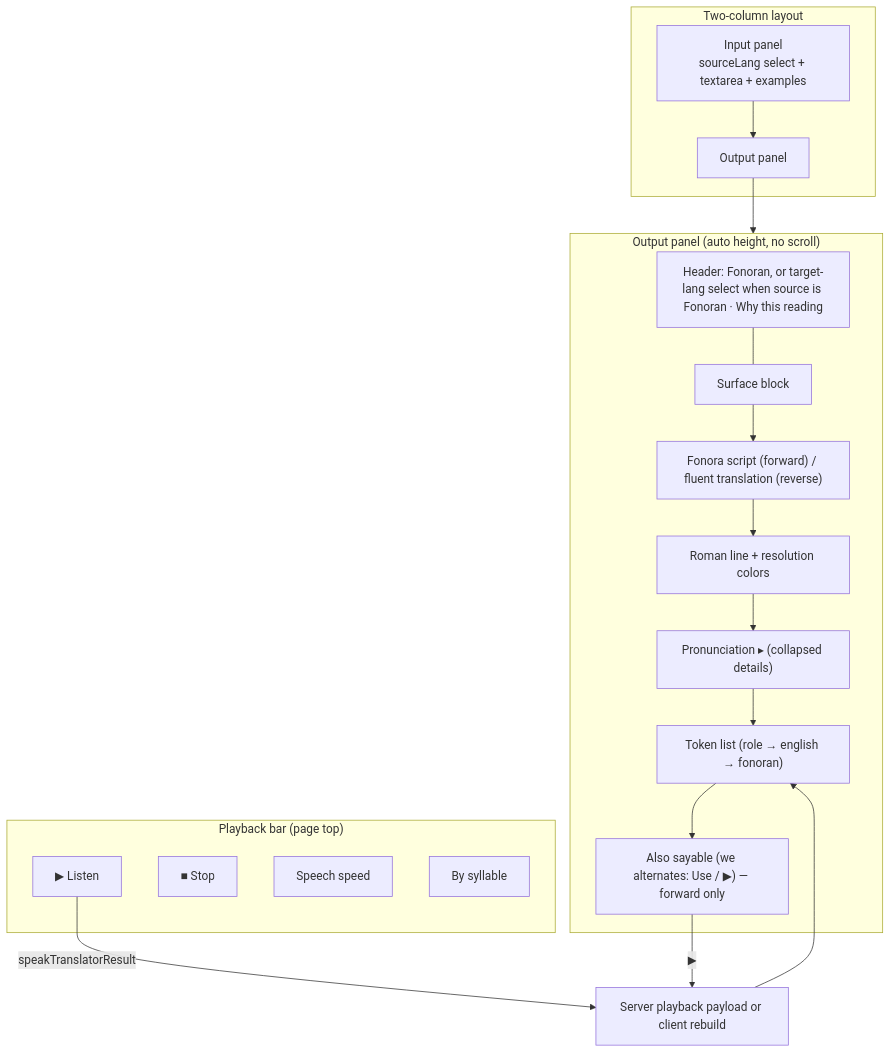
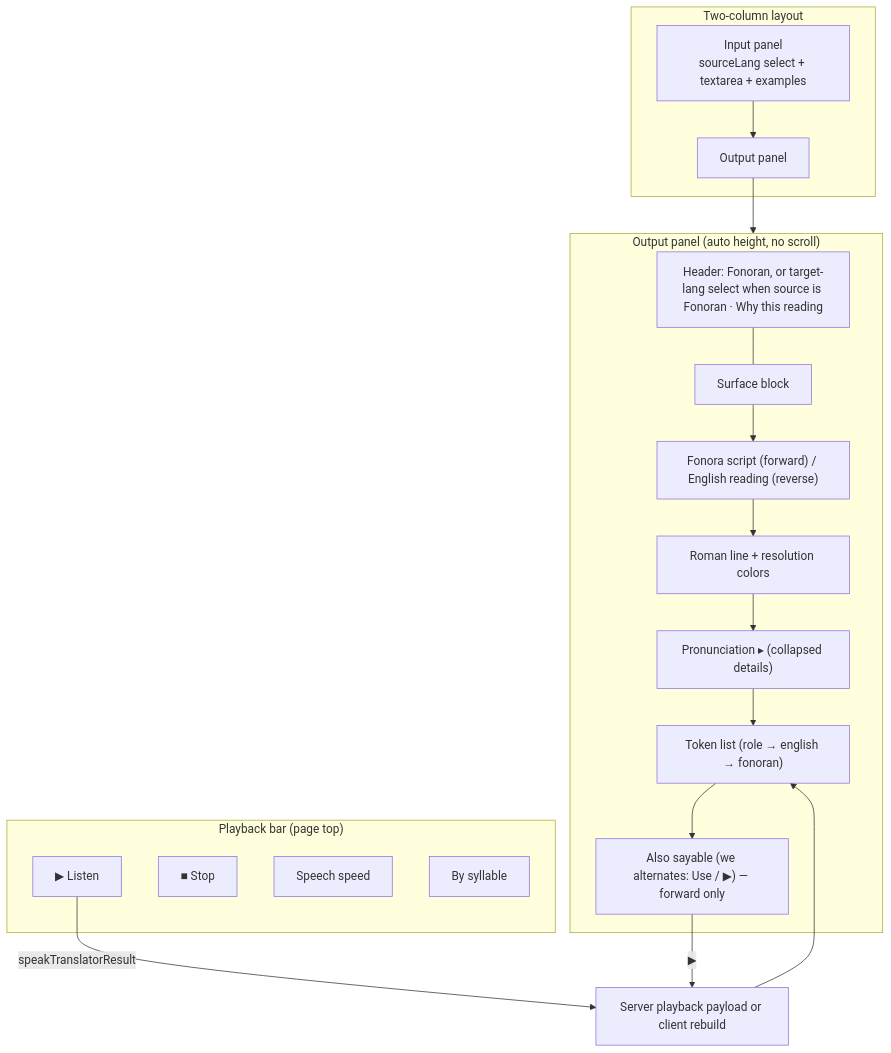
The third of 3 diagrams in docs/fonoran-translator.md (Fonora/fonora), drawn with Mermaid before and after one commit. The commit also changed other lines of this file and 180 other files, not shown here.

````diff
--- a/docs/fonoran-translator.md
+++ b/docs/fonoran-translator.md
@@ -124,32 +108,32 @@
 ```mermaid
 flowchart TB
   subgraph Layout["Two-column layout"]
     LEFT["Input panel<br/>sourceLang select + textarea + examples"]
     RIGHT["Output panel"]
   end
 
   subgraph OutputPanel["Output panel (auto height, no scroll)"]
     HDR["Header: Fonoran, or target-lang select when source is Fonoran · Why this reading"]
     SURF["Surface block"]
-    SCRIPT["Fonora script (forward) / fluent translation (reverse)"]
+    SCRIPT["Fonora script (forward) / English reading (reverse)"]
     ROMAN["Roman line + resolution colors"]
     PRON["Pronunciation ▸ (collapsed details)"]
     TOK["Token list (role → english → fonoran)"]
     ALT2["Also sayable (we alternates: Use / ▶) — forward only"]
     HDR --- SURF
     SURF --> SCRIPT --> ROMAN --> PRON --> TOK --> ALT2
   end
 
   subgraph Playback["Playback bar (page top)"]
     LISTEN["▶ Listen"]
     STOP["■ Stop"]
     SPD["Speech speed"]
     SYL["By syllable"]
   end
 
   LEFT --> RIGHT
   RIGHT --> OutputPanel
   LISTEN -->|speakTranslatorResult| PB2["Server playback payload or client rebuild"]
   PB2 --> TOK
   ALT2 -->|▶| PB2
 ```
````
